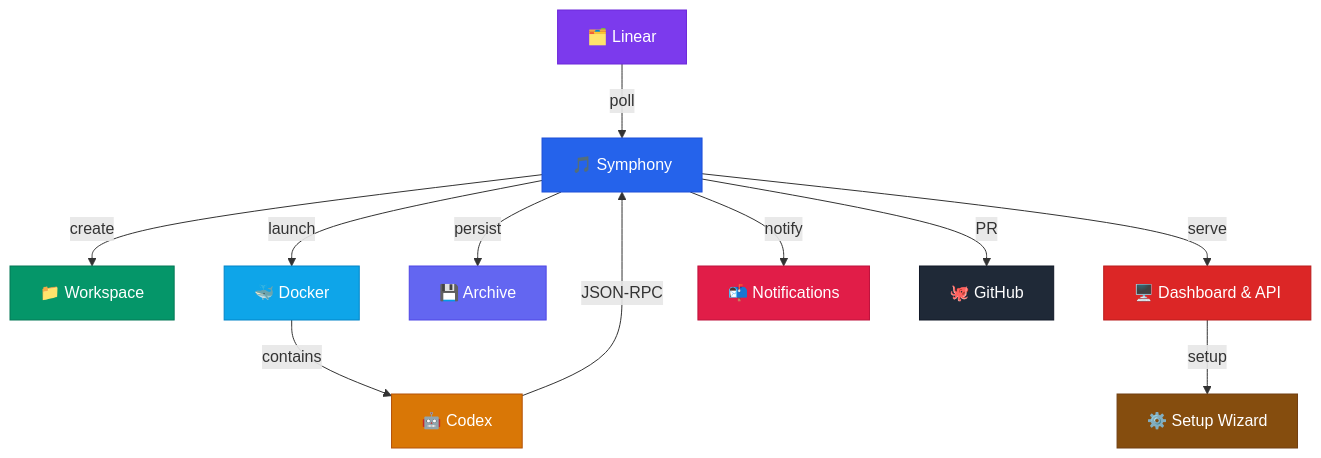
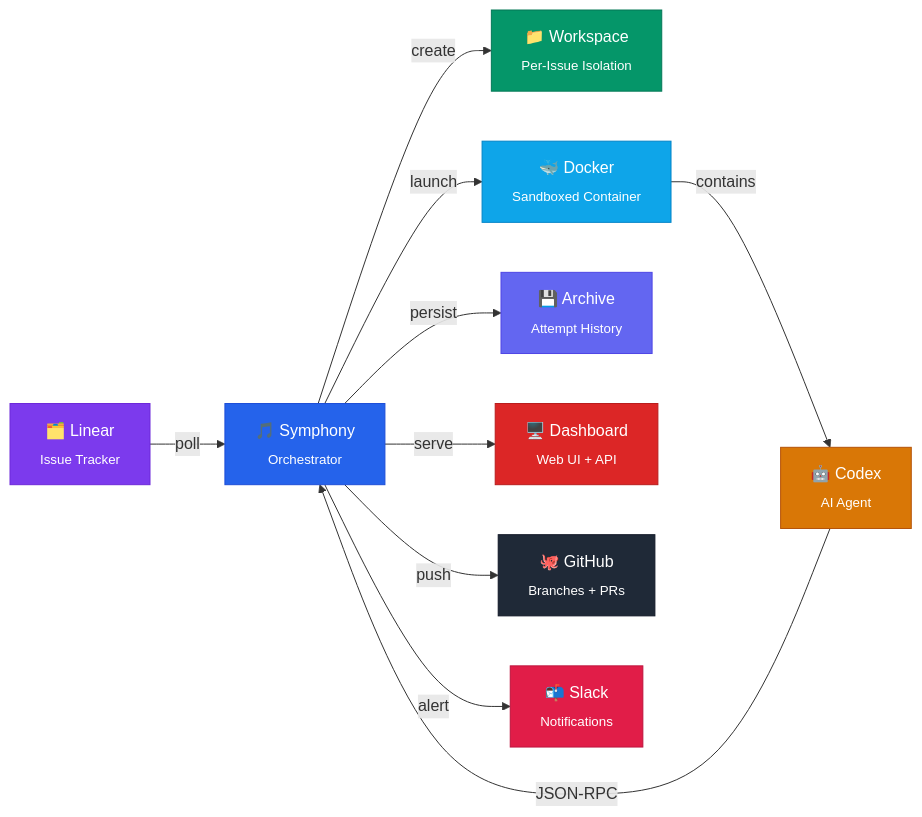
One commit to OmerFarukOruc/symphony-orchestrator changed the first of 3 diagrams in README.md. Above: the diagram before and after it, drawn with Mermaid. The commit also changed other lines of this file and 4 other files, not shown here.

````diff
--- a/README.md
+++ b/README.md
@@ -357,24 +34,22 @@
 ```mermaid
-flowchart TD
-    A["🗂️ Linear"] -->|poll| B["🎵 Symphony"]
-    B -->|create| C["📁 Workspace"]
-    B -->|launch| D["🐳 Docker"]
-    D -->|contains| G["🤖 Codex"]
-    G -->|JSON-RPC| B
-    B -->|persist| E["💾 Archive"]
-    B -->|serve| F["🖥️ Dashboard & API"]
-    B -->|notify| N["📬 Notifications"]
-    B -->|PR| H["🐙 GitHub"]
-    F -->|setup| S["⚙️ Setup Wizard"]
+flowchart LR
+    A["🗂️ Linear<br/><sub>Issue Tracker</sub>"] -->|"poll"| B["🎵 Symphony<br/><sub>Orchestrator</sub>"]
+    B -->|"create"| C["📁 Workspace<br/><sub>Per-Issue Isolation</sub>"]
+    B -->|"launch"| D["🐳 Docker<br/><sub>Sandboxed Container</sub>"]
+    D -->|"contains"| E["🤖 Codex<br/><sub>AI Agent</sub>"]
+    E -->|"JSON-RPC"| B
+    B -->|"persist"| F["💾 Archive<br/><sub>Attempt History</sub>"]
+    B -->|"serve"| G["🖥️ Dashboard<br/><sub>Web UI + API</sub>"]
+    B -->|"push"| H["🐙 GitHub<br/><sub>Branches + PRs</sub>"]
+    B -->|"alert"| I["📬 Slack<br/><sub>Notifications</sub>"]
 
     style A fill:#7c3aed,stroke:#6d28d9,color:#fff
     style B fill:#2563eb,stroke:#1d4ed8,color:#fff
     style C fill:#059669,stroke:#047857,color:#fff
     style D fill:#0ea5e9,stroke:#0284c7,color:#fff
-    style G fill:#d97706,stroke:#b45309,color:#fff
-    style E fill:#6366f1,stroke:#4f46e5,color:#fff
-    style F fill:#dc2626,stroke:#b91c1c,color:#fff
-    style N fill:#e11d48,stroke:#be123c,color:#fff
+    style E fill:#d97706,stroke:#b45309,color:#fff
+    style F fill:#6366f1,stroke:#4f46e5,color:#fff
+    style G fill:#dc2626,stroke:#b91c1c,color:#fff
     style H fill:#1f2937,stroke:#111827,color:#fff
-    style S fill:#854d0e,stroke:#713f12,color:#fff
+    style I fill:#e11d48,stroke:#be123c,color:#fff
 ```
````
